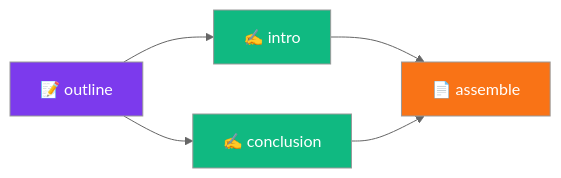
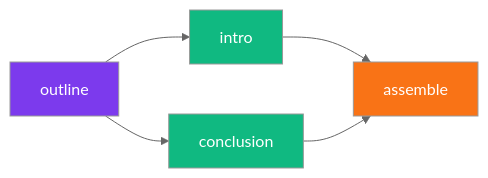
Before and after one commit to supernovae-st/nika: the ninth of 11 diagrams in README.md, drawn with Mermaid (neutral theme). The commit also changed other lines of this file, not shown here.

First line of the commit message:
docs(readme): comprehensive v0.12.0 update with Mermaid diagrams

````diff
--- a/README.md
+++ b/README.md
@@ -474,12 +704,12 @@
 ```mermaid
 graph LR
-    A[📝 outline] --> B[✍️ intro]
-    A --> C[✍️ conclusion]
-    B --> D[📄 assemble]
+    A["outline"] --> B["intro"]
+    A --> C["conclusion"]
+    B --> D["assemble"]
     C --> D
 
     style A fill:#7c3aed,color:#fff
     style B fill:#10b981,color:#fff
     style C fill:#10b981,color:#fff
     style D fill:#f97316,color:#fff
 ```
````
